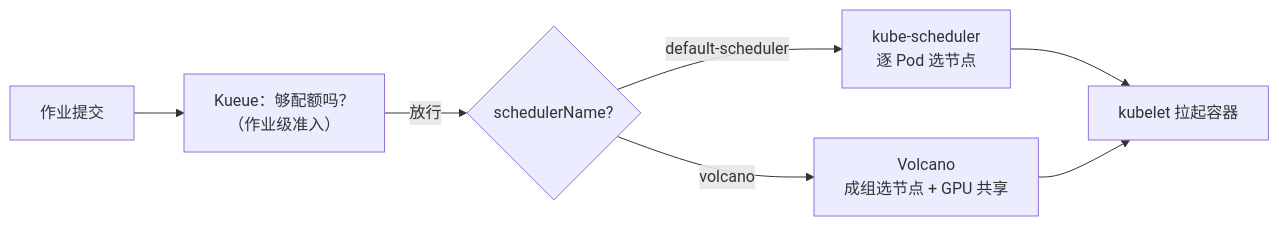
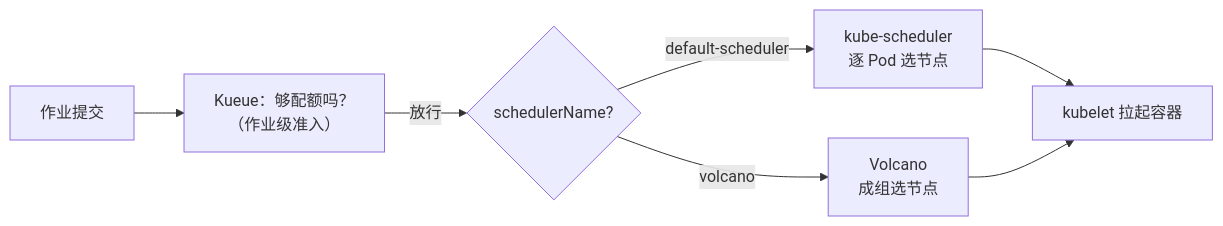
The first of 4 diagrams in scheduling/kube-scheduler/00-kube-scheduler总览与架构.md (songkane/llm-learning), drawn with Mermaid before and after one commit. The commit also changed other lines of this file and 4 other files, not shown here.

````diff
--- a/scheduling/kube-scheduler/00-kube-scheduler总览与架构.md
+++ b/scheduling/kube-scheduler/00-kube-scheduler总览与架构.md
@@ -81,9 +78,9 @@
 ```mermaid
 flowchart LR
     A["作业提交"] --> B["Kueue：够配额吗？<br/>（作业级准入）"]
     B -->|放行| C{"schedulerName?"}
     C -->|default-scheduler| D["kube-scheduler<br/>逐 Pod 选节点"]
-    C -->|volcano| E["Volcano<br/>成组选节点 + GPU 共享"]
+    C -->|volcano| E["Volcano<br/>成组选节点"]
     D --> F["kubelet 拉起容器"]
     E --> F
 ```
````
